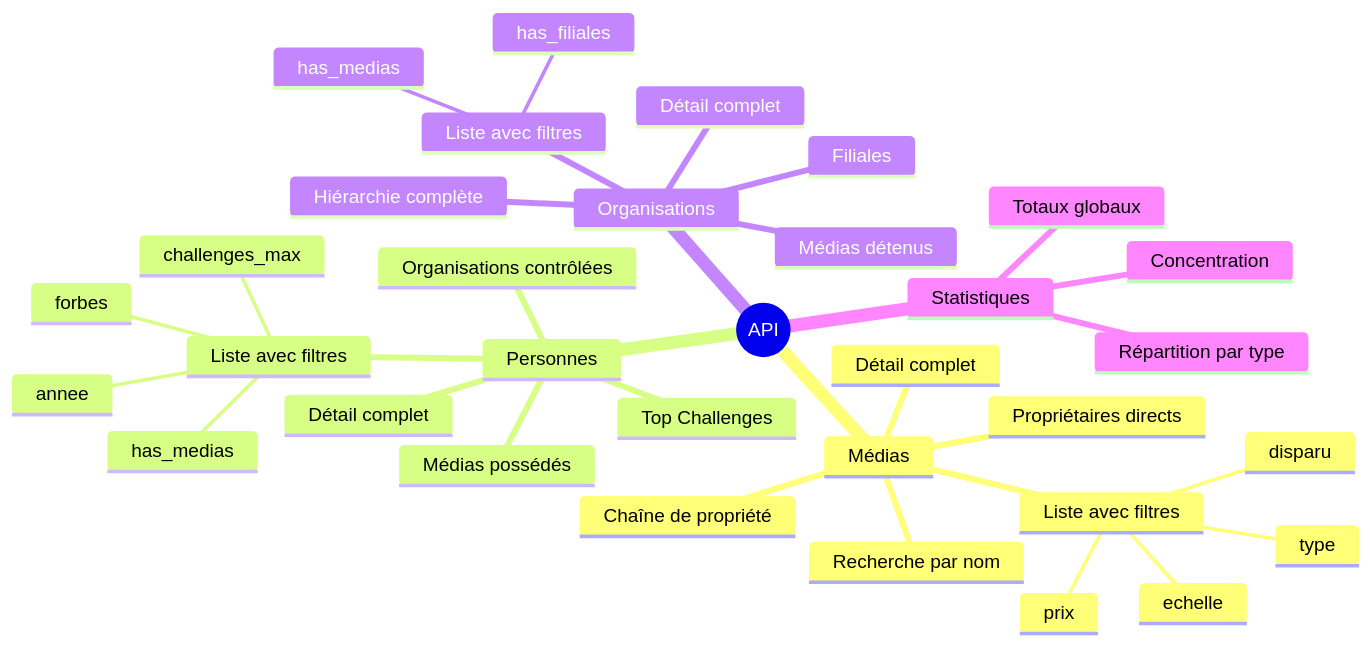
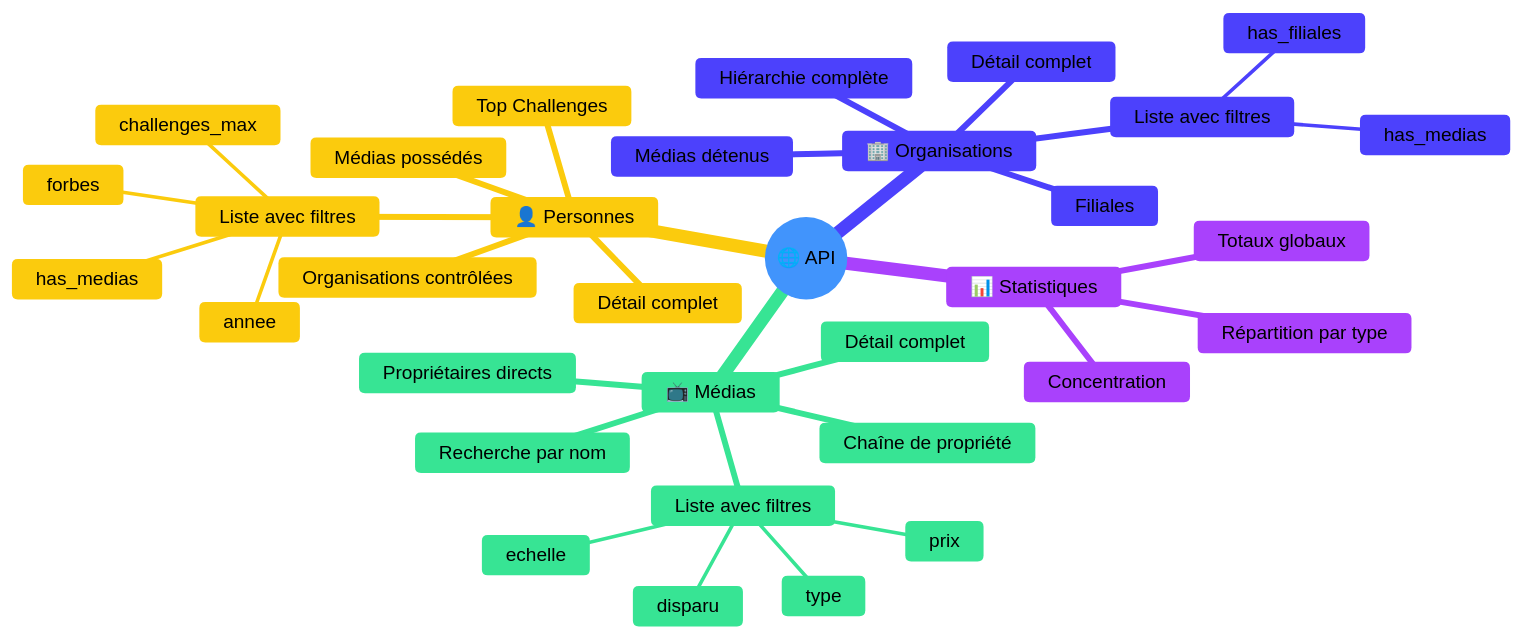
The sixth of 14 diagrams in docs/diagrams.md (cedric-famibelle-pronzola/medias-francais-api), drawn with Mermaid before and after one commit. The commit also changed other lines of this file, not shown here.

Commit message:
docs: improve mermaid styles

````diff
--- a/docs/diagrams.md
+++ b/docs/diagrams.md
@@ -259,36 +322,37 @@
 ```mermaid
+%%{init: {'theme': 'base', 'themeVariables': { 'primaryColor': '#bfdbfe', 'secondaryColor': '#a7f3d0', 'tertiaryColor': '#fde68a', 'primaryTextColor': '#000000', 'secondaryTextColor': '#000000', 'tertiaryTextColor': '#000000', 'lineColor': '#6b7280'}}}%%
 mindmap
-  root((API))
-    Médias
+  root((🌐 API))
+    📺 Médias
       Liste avec filtres
         type
         prix
         echelle
         disparu
       Recherche par nom
       Détail complet
       Propriétaires directs
       Chaîne de propriété
-    Personnes
+    👤 Personnes
       Liste avec filtres
         forbes
         challenges_max
         annee
         has_medias
       Top Challenges
       Détail complet
       Médias possédés
       Organisations contrôlées
-    Organisations
+    🏢 Organisations
       Liste avec filtres
         has_medias
         has_filiales
       Détail complet
       Filiales
       Médias détenus
       Hiérarchie complète
-    Statistiques
+    📊 Statistiques
       Totaux globaux
       Répartition par type
       Concentration
 ```
````
